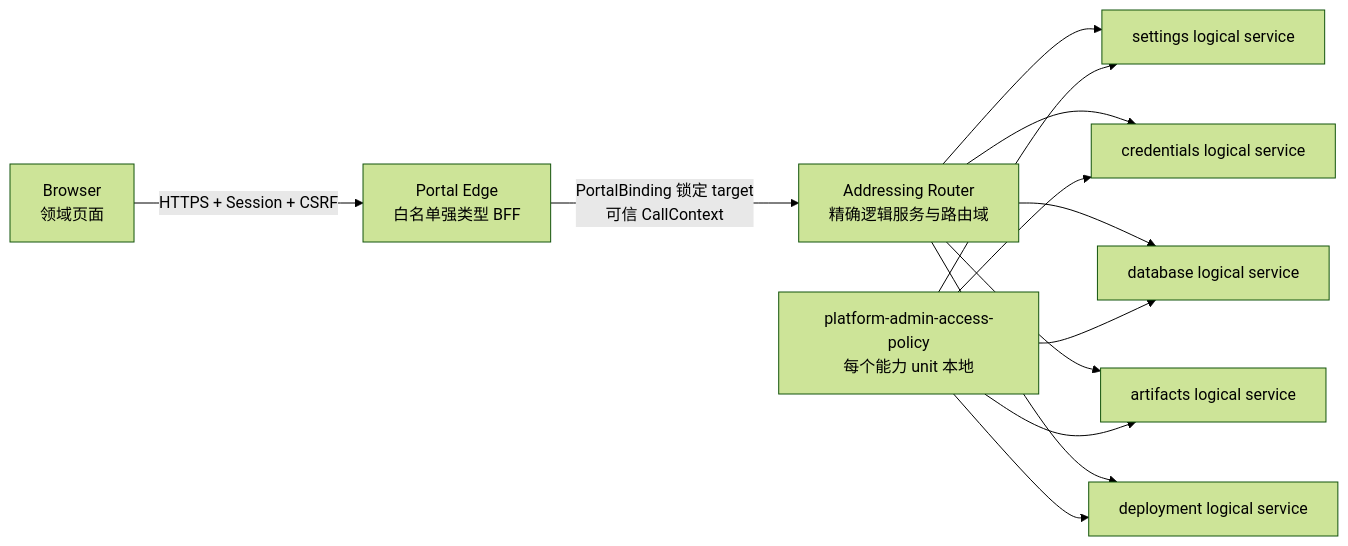
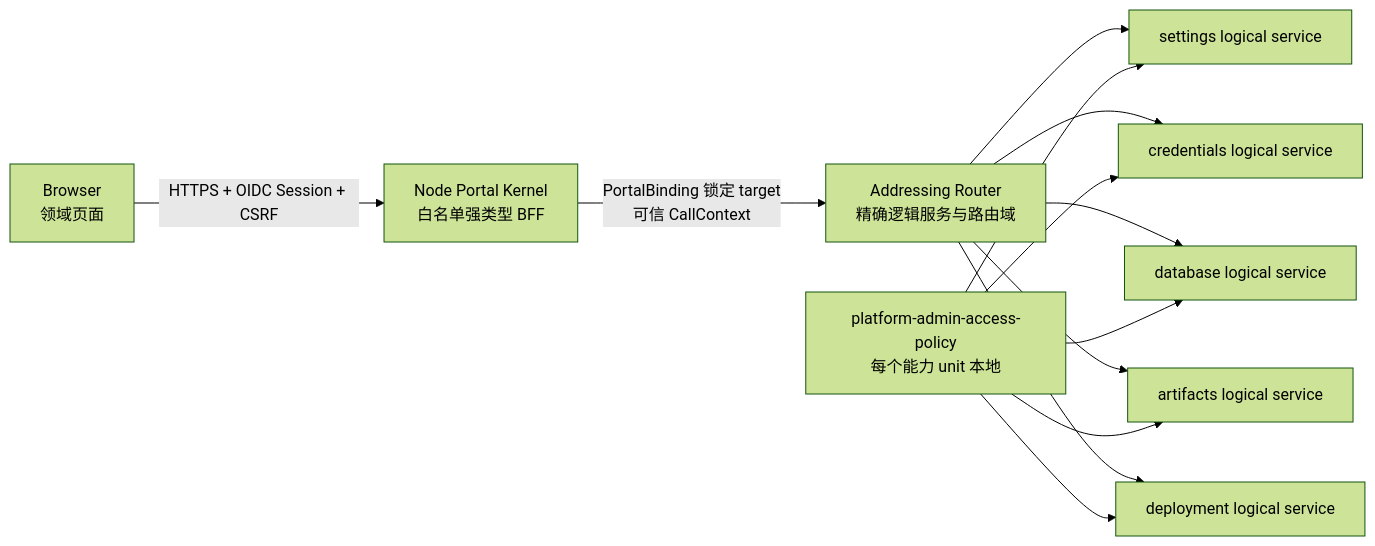
Before and after one commit to yandt/VastPlan: the diagram in docs/dev/architecture/平台管理中心.md, drawn with Mermaid (forest theme). The commit also changed other lines of this file and 89 other files, not shown here.

Commit message:
refactor(portal): retire go edge entrypoint

````diff
--- a/docs/dev/architecture/平台管理中心.md
+++ b/docs/dev/architecture/平台管理中心.md
@@ -11,15 +11,15 @@
 ```mermaid
 flowchart LR
-  B["Browser\n领域页面"] -->|"HTTPS + Session + CSRF"| E["Portal Edge\n白名单强类型 BFF"]
+  B["Browser\n领域页面"] -->|"HTTPS + OIDC Session + CSRF"| E["Node Portal Kernel\n白名单强类型 BFF"]
   E -->|"PortalBinding 锁定 target\n可信 CallContext"| R["Addressing Router\n精确逻辑服务与路由域"]
   R --> S["settings logical service"]
   R --> C["credentials logical service"]
   R --> D["database logical service"]
   R --> A["artifacts logical service"]
   R --> M["deployment logical service"]
   P["platform-admin-access-policy\n每个能力 unit 本地"] --> S
   P --> C
   P --> D
   P --> A
   P --> M
 ```
````
